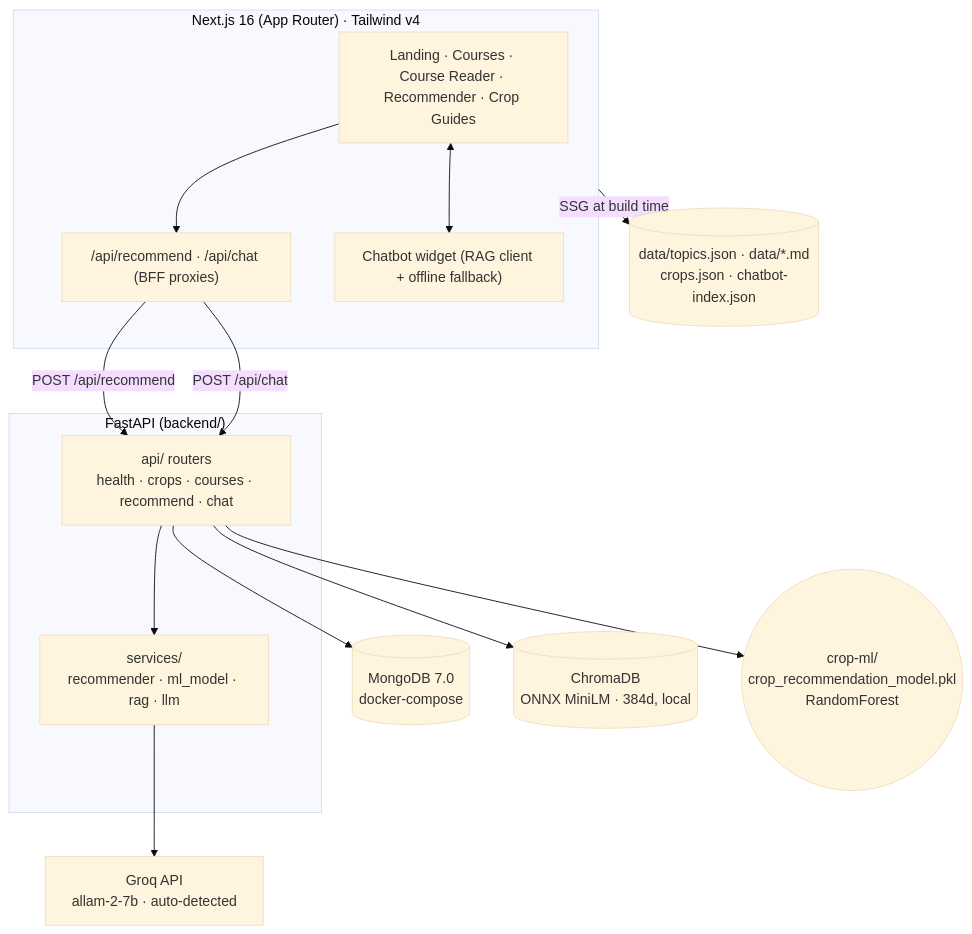
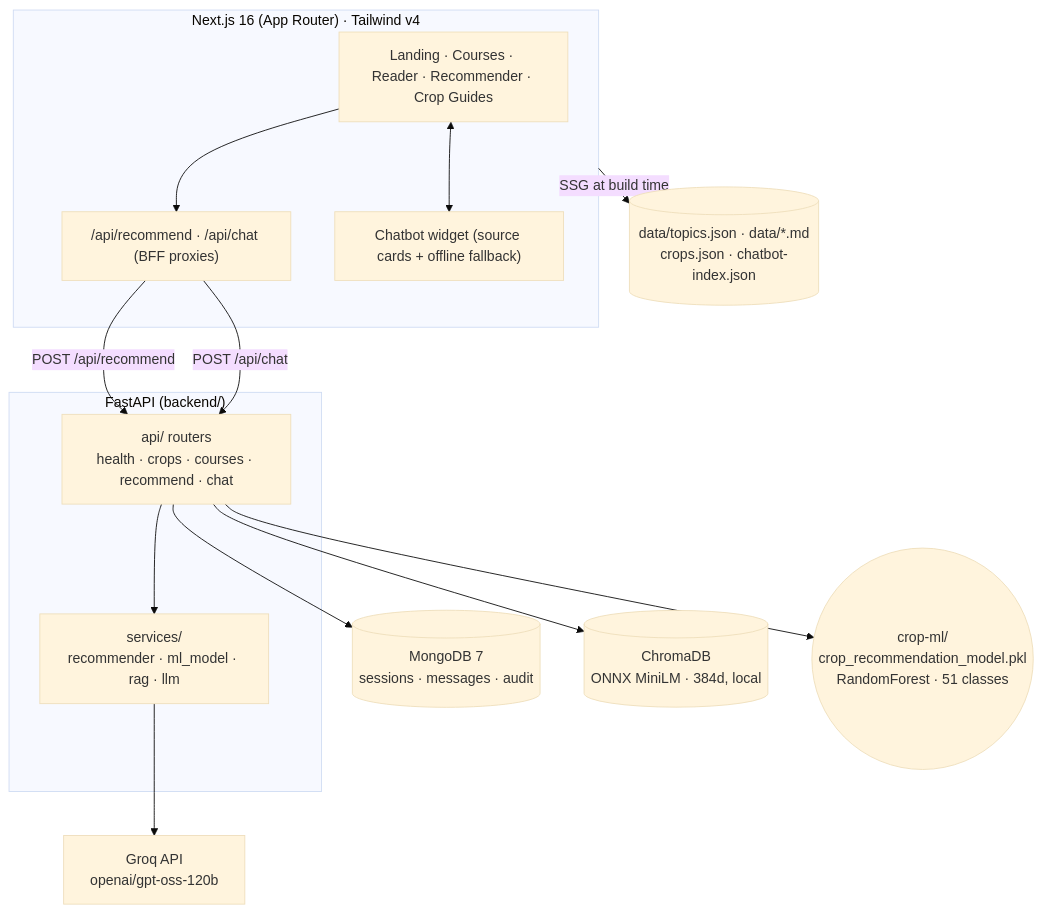
One commit to Likeshkumarsahu/AgriMitra changed the diagram in README.md. Above: the diagram before and after it, drawn with Mermaid (base theme). The commit also changed other lines of this file and 38 other files, not shown here.

````diff
--- a/README.md
+++ b/README.md
@@ -39,30 +50,30 @@
 ```mermaid
 flowchart TB
     subgraph Client["Next.js 16 (App Router) · Tailwind v4"]
-        UI["Landing · Courses · Course Reader · Recommender · Crop Guides"]
+        UI["Landing · Courses · Reader · Recommender · Crop Guides"]
         BFF["/api/recommend · /api/chat (BFF proxies)"]
-        WID["Chatbot widget (RAG client + offline fallback)"]
+        WID["Chatbot widget (source cards + offline fallback)"]
         UI --> BFF
         UI <--> WID
     end
 
     subgraph Backend["FastAPI (backend/)"]
         API["api/ routers<br/>health · crops · courses · recommend · chat"]
         SRV["services/<br/>recommender · ml_model · rag · llm"]
         API --> SRV
     end
 
-    DB[(MongoDB 7.0<br/>docker-compose)]
+    DB[(MongoDB 7<br/>sessions · messages · audit)]
     VEC[(ChromaDB<br/>ONNX MiniLM · 384d, local)]
-    GEM["Groq API<br/>allam-2-7b · auto-detected"]
+    GEM["Groq API<br/>openai/gpt-oss-120b"]
     MD[("data/topics.json · data/*.md<br/>crops.json · chatbot-index.json")]
-    MDL(("crop-ml/<br/>crop_recommendation_model.pkl<br/>RandomForest"))
+    MDL(("crop-ml/<br/>crop_recommendation_model.pkl<br/>RandomForest · 51 classes"))
 
     BFF -->|POST /api/recommend| API
     BFF -->|POST /api/chat| API
     API --> DB
     API --> VEC
     API --> MDL
     SRV --> GEM
     Client -- "SSG at build time" --> MD
 ```
````
